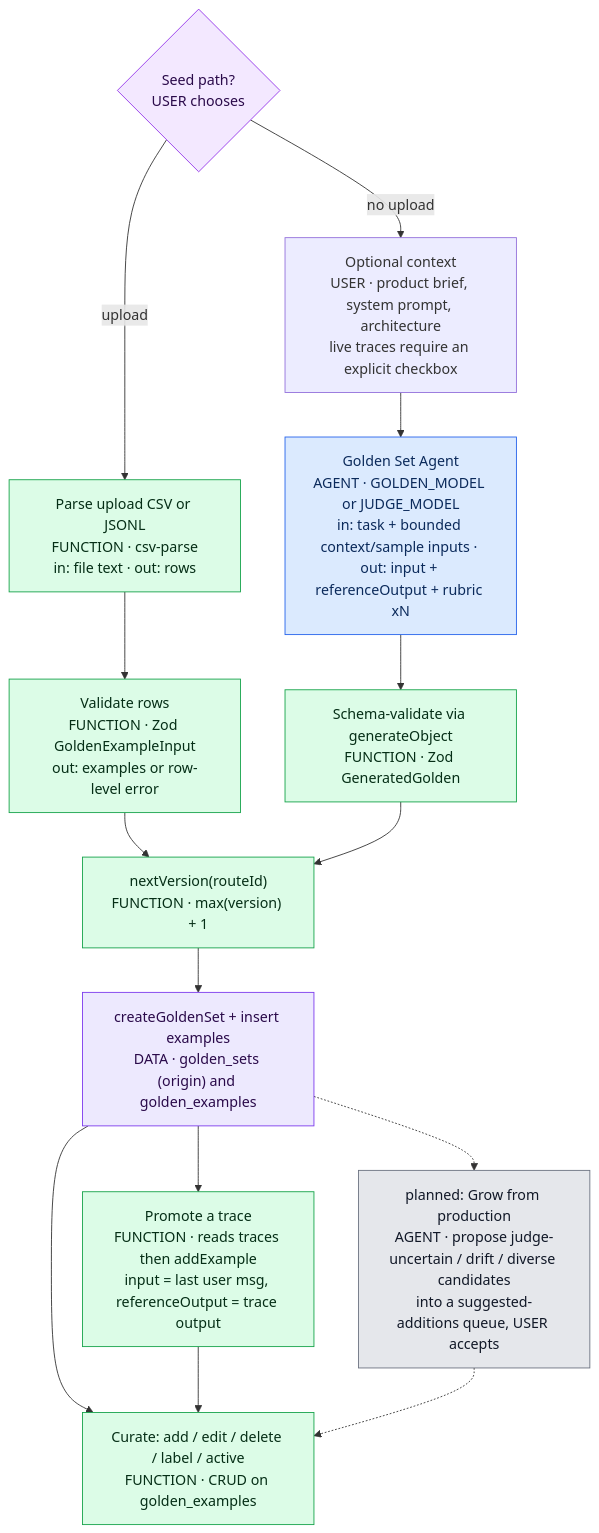
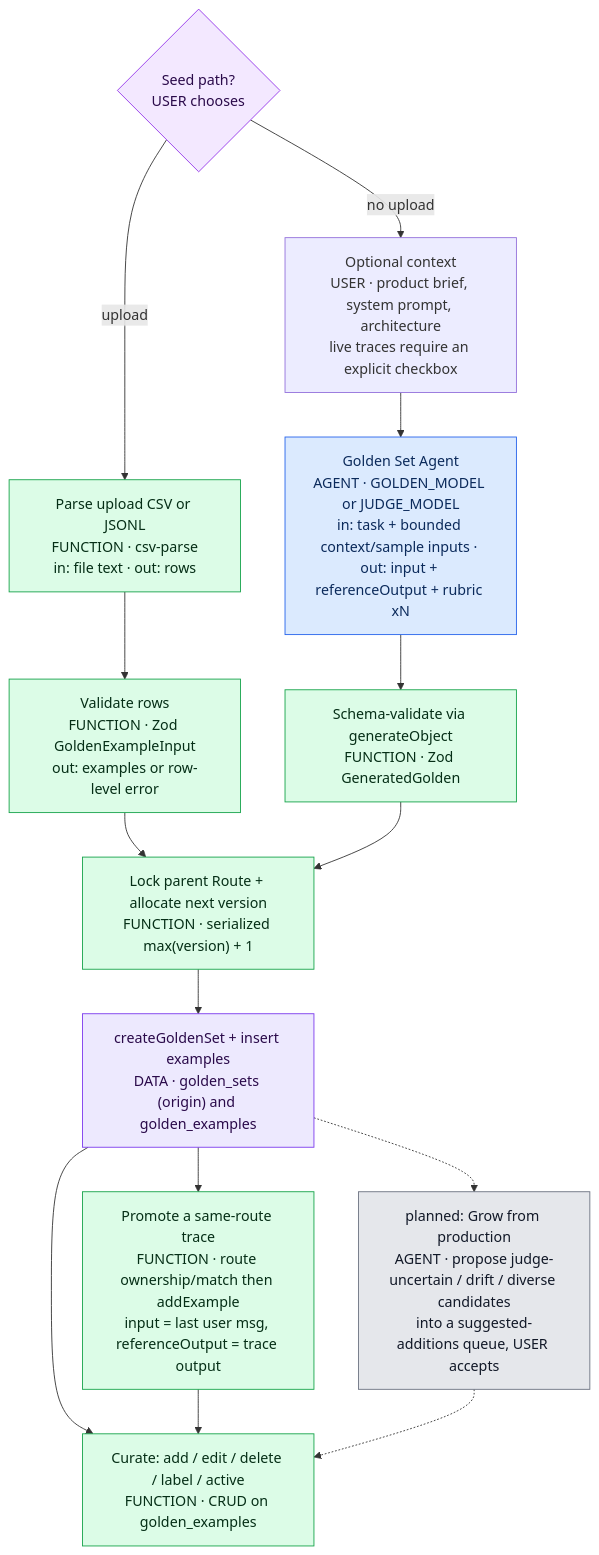
Before and after one commit to APareek89/blindspot: the diagram in docs/mermaid/02-golden-sets.mmd, drawn with Mermaid. The commit also changed 31 other files, not shown here.

```diff
--- a/docs/mermaid/02-golden-sets.mmd
+++ b/docs/mermaid/02-golden-sets.mmd
@@ -1,26 +1,28 @@
 %% Blindspot — golden-set lifecycle (PRD §7): seed -> grow -> curate
 %% grow-from-production step is intended, not yet built
+%% files: apps/gateway/src/manage/golden.ts, packages/core/src/golden/agent.ts, packages/core/src/golden/service.ts, packages/core/src/golden/upload.ts
+%% granularity: full
 flowchart TD
   S{"Seed path?<br/>USER chooses"}:::dec
   U["Parse upload CSV or JSONL<br/>FUNCTION · csv-parse<br/>in: file text · out: rows"]:::fn
   UV["Validate rows<br/>FUNCTION · Zod GoldenExampleInput<br/>out: examples or row-level error"]:::fn
   CTX["Optional context<br/>USER · product brief, system prompt, architecture<br/>live traces require an explicit checkbox"]:::ask
   A["Golden Set Agent<br/>AGENT · GOLDEN_MODEL or JUDGE_MODEL<br/>in: task + bounded context/sample inputs · out: input + referenceOutput + rubric xN"]:::agent
   AV["Schema-validate via generateObject<br/>FUNCTION · Zod GeneratedGolden"]:::fn
-  NV["nextVersion(routeId)<br/>FUNCTION · max(version) + 1"]:::fn
+  NV["Lock parent Route + allocate next version<br/>FUNCTION · serialized max(version) + 1"]:::fn
   C["createGoldenSet + insert examples<br/>DATA · golden_sets (origin) and golden_examples"]:::data
   CUR["Curate: add / edit / delete / label / active<br/>FUNCTION · CRUD on golden_examples"]:::fn
-  PT["Promote a trace<br/>FUNCTION · reads traces then addExample<br/>input = last user msg, referenceOutput = trace output"]:::fn
+  PT["Promote a same-route trace<br/>FUNCTION · route ownership/match then addExample<br/>input = last user msg, referenceOutput = trace output"]:::fn
   G["planned: Grow from production<br/>AGENT · propose judge-uncertain / drift / diverse candidates<br/>into a suggested-additions queue, USER accepts"]:::todo
 
   S -- "upload" --> U --> UV --> NV
   S -- "no upload" --> CTX --> A --> AV --> NV
   NV --> C --> CUR
   C --> PT --> CUR
   C -.-> G -.-> CUR
 
   classDef agent fill:#dbeafe,stroke:#2563eb,color:#0b2a5b;
   classDef fn fill:#dcfce7,stroke:#16a34a,color:#052e16;
   classDef dec fill:#f3e8ff,stroke:#9333ea,color:#2a0a4a;
   classDef data fill:#ede9fe,stroke:#7c3aed,color:#2a0a4a;
   classDef todo fill:#e5e7eb,stroke:#6b7280,color:#111827;
```
